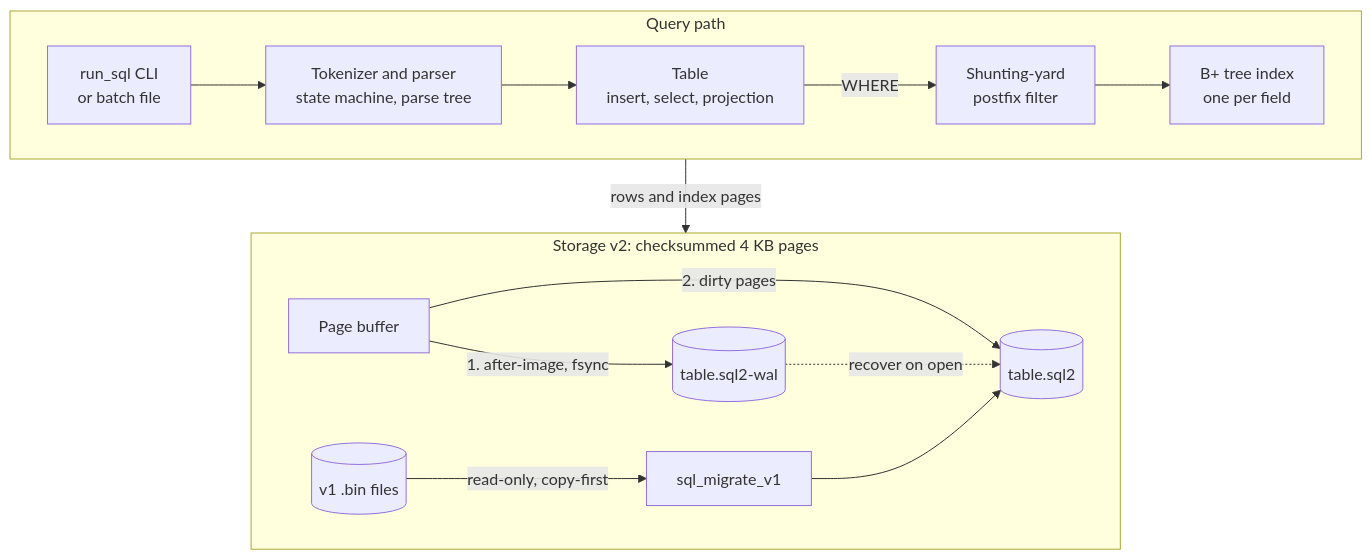
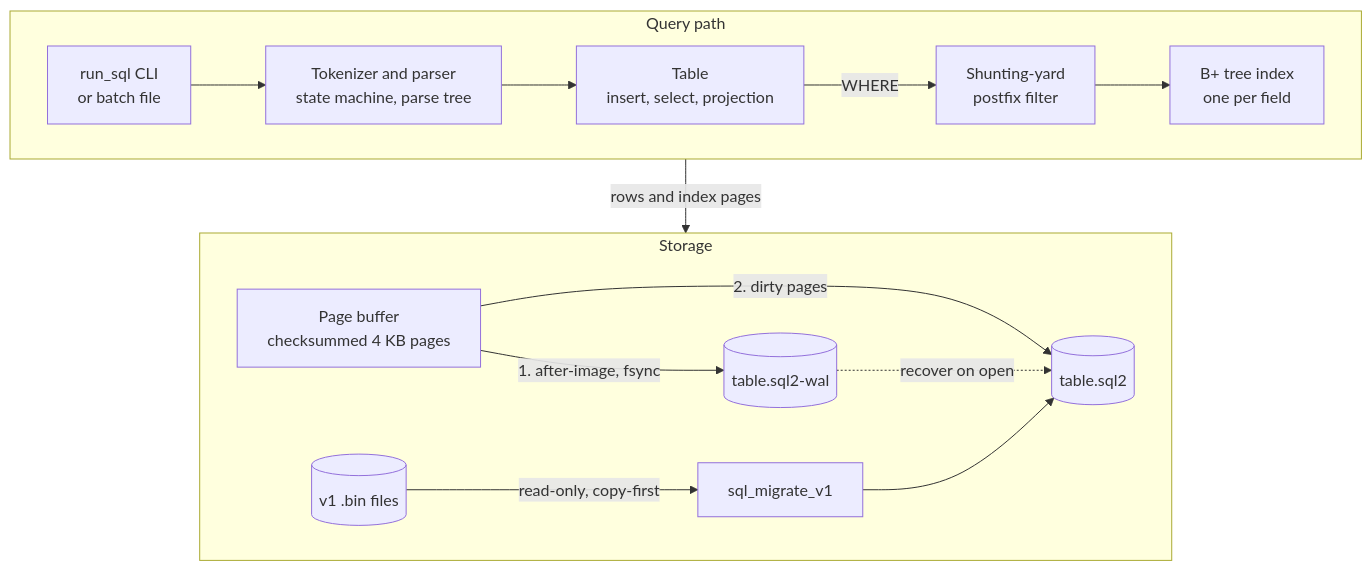
One commit to hskl18/SQL changed the diagram in docs/architecture.mmd. Above: the diagram before and after it, drawn with Mermaid. The commit also changed 3 other files, not shown here.

Commit message:
docs: correct the diagram and README points a review found

```diff
--- a/docs/architecture.mmd
+++ b/docs/architecture.mmd
@@ -1,17 +1,18 @@
 flowchart TB
   subgraph query["Query path"]
     direction LR
     CLI["run_sql CLI<br/>or batch file"] --> Parser["Tokenizer and parser<br/>state machine, parse tree"]
     Parser --> Table["Table<br/>insert, select, projection"]
     Table -->|"WHERE"| Filter["Shunting-yard<br/>postfix filter"]
     Filter --> Index["B+ tree index<br/>one per field"]
   end
-  subgraph storage["Storage v2: checksummed 4 KB pages"]
+  subgraph storage["Storage"]
     direction LR
-    Pages["Page buffer"] -->|"1. after-image, fsync"| WAL[("table.sql2-wal")]
+    Pages["Page buffer<br/>checksummed 4 KB pages"] -->|"1. after-image, fsync"| WAL[("table.sql2-wal")]
     Pages -->|"2. dirty pages"| Data[("table.sql2")]
     WAL -.->|"recover on open"| Data
     Legacy[("v1 .bin files")] -->|"read-only, copy-first"| Migrate["sql_migrate_v1"]
     Migrate --> Data
   end
   query -->|"rows and index pages"| storage
+%% Edit this file, then render architecture-light.svg and architecture-dark.svg from it again.
```
